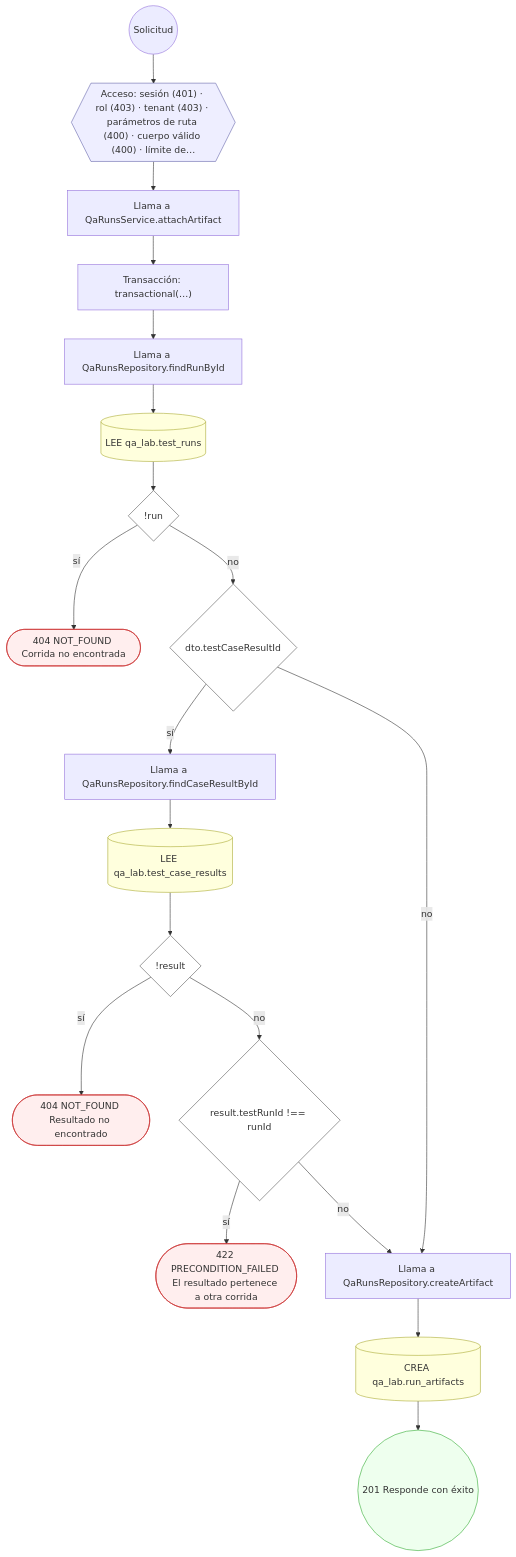
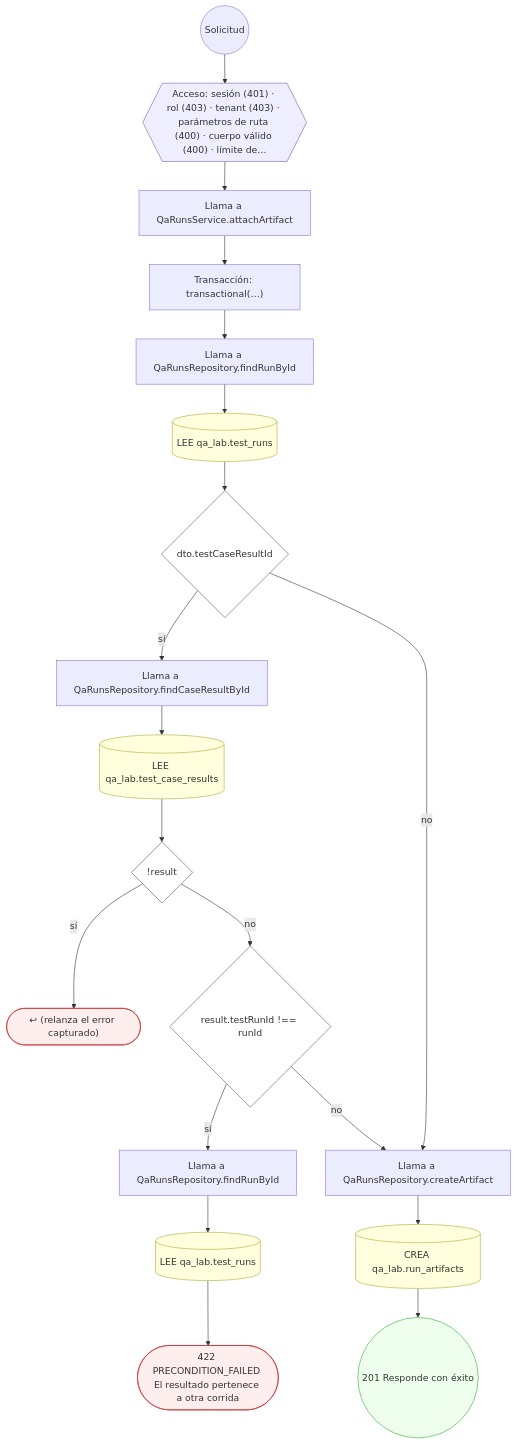
Diagram 11 of 17 in docs/inventario/flujos/qa_lab.md (mdavila-2001/mantra-core-health-api), drawn with Mermaid before and after one commit. The commit also changed other lines of this file and 438 other files, not shown here.

````diff
--- a/docs/inventario/flujos/qa_lab.md
+++ b/docs/inventario/flujos/qa_lab.md
@@ -902,45 +813,45 @@
 ```mermaid
 flowchart TD
   n1(("Solicitud")):::inicio
   n2{{"Acceso: sesión (401) · rol (403) · tenant (403) · parámetros de ruta (400) · cuerpo válido (400) · límite de…"}}:::acceso
   n1 --> n2
   n3["Llama a QaRunsService.attachArtifact"]:::llamada
   n2 --> n3
   n4["Transacción: transactional(…)"]:::transaccion
   n3 --> n4
   n5["Llama a QaRunsRepository.findRunById"]:::llamada
   n4 --> n5
   n6[("LEE qa_lab.test_runs")]:::efecto
   n5 --> n6
-  n7{"!run"}:::decision
+  n7{"dto.testCaseResultId"}:::decision
   n6 --> n7
-  n8(["404 NOT_FOUND Corrida no encontrada"]):::error
+  n8["Llama a QaRunsRepository.findCaseResultById"]:::llamada
   n7 -->|"sí"| n8
-  n9{"dto.testCaseResultId"}:::decision
-  n7 -->|"no"| n9
-  n10["Llama a QaRunsRepository.findCaseResultById"]:::llamada
-  n9 -->|"sí"| n10
-  n11[("LEE qa_lab.test_case_results")]:::efecto
-  n10 --> n11
-  n12{"!result"}:::decision
-  n11 --> n12
-  n13(["404 NOT_FOUND Resultado no encontrado"]):::error
+  n9[("LEE qa_lab.test_case_results")]:::efecto
+  n8 --> n9
+  n10{"!result"}:::decision
+  n9 --> n10
+  n11(["↩ (relanza el error capturado)"]):::error
+  n10 -->|"sí"| n11
+  n12{"result.testRunId !== runId"}:::decision
+  n10 -->|"no"| n12
+  n13["Llama a QaRunsRepository.findRunById"]:::llamada
   n12 -->|"sí"| n13
-  n14{"result.testRunId !== runId"}:::decision
-  n12 -->|"no"| n14
+  n14[("LEE qa_lab.test_runs")]:::efecto
+  n13 --> n14
   n15(["422 PRECONDITION_FAILED El resultado pertenece a otra corrida"]):::error
-  n14 -->|"sí"| n15
+  n14 --> n15
   n16["Llama a QaRunsRepository.createArtifact"]:::llamada
-  n14 -->|"no"| n16
-  n9 -->|"no"| n16
+  n12 -->|"no"| n16
+  n7 -->|"no"| n16
   n17[("CREA qa_lab.run_artifacts")]:::efecto
   n16 --> n17
   n18(("201 Responde con éxito")):::ok
   n17 --> n18
   classDef acceso fill:#eef,stroke:#66a
   classDef error fill:#fee,stroke:#c33
   classDef ok fill:#efe,stroke:#3a3
   classDef efecto fill:#ffd,stroke:#aa3
   classDef decision fill:#fff,stroke:#555
   classDef corte fill:#eee,stroke:#999,stroke-dasharray: 4
 ```
````
